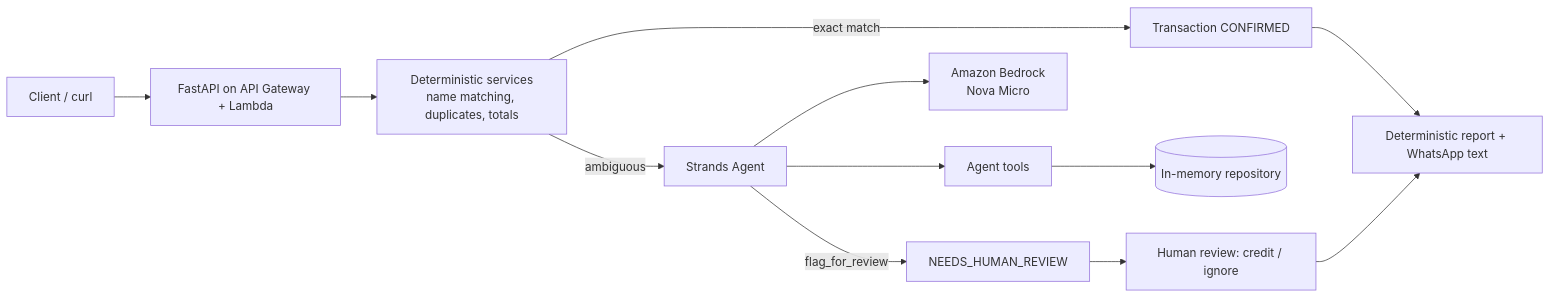
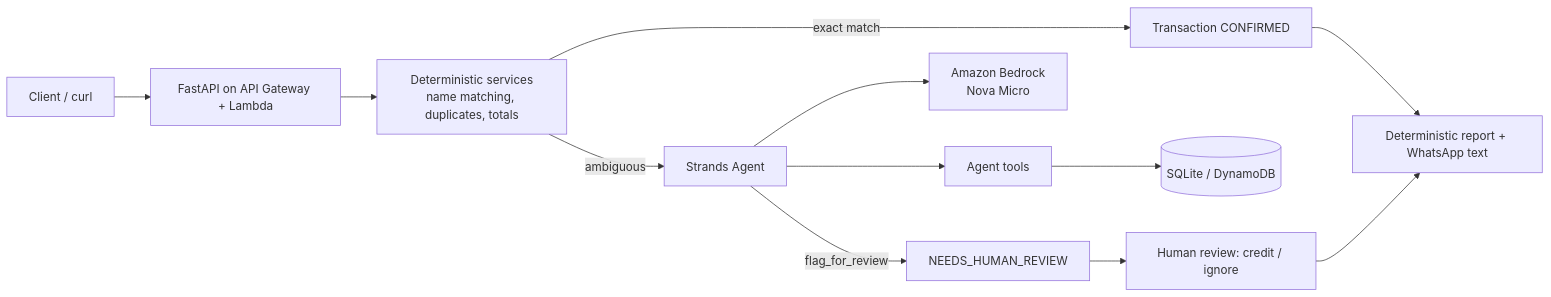
One commit to Philip38-hub/changaSmart changed the diagram in README.md. Above: the diagram before and after it, drawn with Mermaid. The commit also changed other lines of this file and 7 other files, not shown here.

````diff
--- a/README.md
+++ b/README.md
@@ -54,14 +54,14 @@
 ```mermaid
 flowchart LR
     Client[Client / curl] --> API[FastAPI on API Gateway + Lambda]
     API --> Svc[Deterministic services\nname matching, duplicates, totals]
     Svc -->|exact match| Confirmed[Transaction CONFIRMED]
     Svc -->|ambiguous| Agent[Strands Agent]
     Agent --> Tools[Agent tools]
-    Tools --> Repo[(In-memory repository)]
+    Tools --> Repo[(SQLite / DynamoDB)]
     Agent --> Bedrock[Amazon Bedrock\nNova Micro]
     Agent -->|flag_for_review| Review[NEEDS_HUMAN_REVIEW]
     Review --> Human[Human review: credit / ignore]
     Confirmed --> Report[Deterministic report + WhatsApp text]
     Human --> Report
 ```
````
